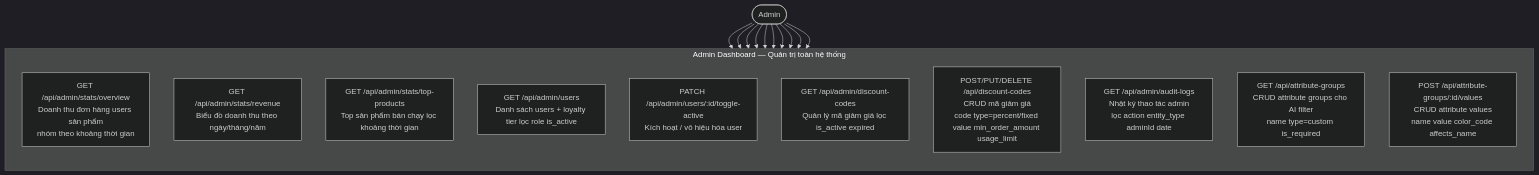
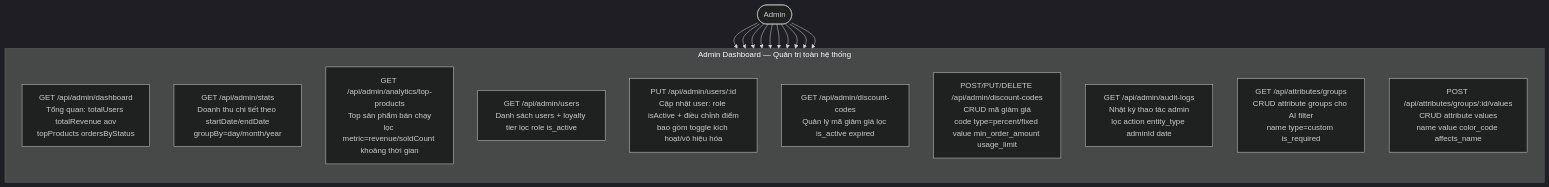
Diagram 11 of 29 in DIAGRAMS.md (MinhThang1009/E-commerce-website), drawn with Mermaid (dark theme) before and after one commit. The commit also changed other lines of this file, not shown here.

Commit message:
docs: sửa sai endpoints, logic auth, Redis keys theo code thực tế

````diff
--- a/DIAGRAMS.md
+++ b/DIAGRAMS.md
@@ -425,29 +425,29 @@
 ```mermaid
 flowchart TB
     Admin(["Admin"])
 
     subgraph ADMIN["Admin Dashboard — Quản trị toàn hệ thống"]
         direction TB
-        AD1["GET /api/admin/stats/overview\nDoanh thu đơn hàng users sản phẩm\nnhóm theo khoảng thời gian"]
-        AD2["GET /api/admin/stats/revenue\nBiểu đồ doanh thu theo ngày/tháng/năm"]
-        AD3["GET /api/admin/stats/top-products\nTop sản phẩm bán chạy lọc khoảng thời gian"]
+        AD1["GET /api/admin/dashboard\nTổng quan: totalUsers totalRevenue aov\ntopProducts ordersByStatus"]
+        AD2["GET /api/admin/stats\nDoanh thu chi tiết theo startDate/endDate\ngroupBy=day/month/year"]
+        AD3["GET /api/admin/analytics/top-products\nTop sản phẩm bán chạy\nlọc metric=revenue/soldCount khoảng thời gian"]
         AD4["GET /api/admin/users\nDanh sách users + loyalty tier lọc role is_active"]
-        AD5["PATCH /api/admin/users/:id/toggle-active\nKích hoạt / vô hiệu hóa user"]
+        AD5["PUT /api/admin/users/:id\nCập nhật user: role isActive + điều chỉnh điểm\nbao gồm toggle kích hoạt/vô hiệu hóa"]
         AD6["GET /api/admin/discount-codes\nQuản lý mã giảm giá lọc is_active expired"]
-        AD7["POST/PUT/DELETE /api/discount-codes\nCRUD mã giảm giá\ncode type=percent/fixed value min_order_amount usage_limit"]
+        AD7["POST/PUT/DELETE /api/admin/discount-codes\nCRUD mã giảm giá\ncode type=percent/fixed value min_order_amount usage_limit"]
         AD8["GET /api/admin/audit-logs\nNhật ký thao tác admin\nlọc action entity_type adminId date"]
-        AD9["GET /api/attribute-groups\nCRUD attribute groups cho AI filter\nname type=custom is_required"]
-        AD10["POST /api/attribute-groups/:id/values\nCRUD attribute values\nname value color_code affects_name"]
+        AD9["GET /api/attributes/groups\nCRUD attribute groups cho AI filter\nname type=custom is_required"]
+        AD10["POST /api/attributes/groups/:id/values\nCRUD attribute values\nname value color_code affects_name"]
     end
 
     Admin --> AD1
     Admin --> AD2
     Admin --> AD3
     Admin --> AD4
     Admin --> AD5
     Admin --> AD6
     Admin --> AD7
     Admin --> AD8
     Admin --> AD9
     Admin --> AD10
 ```
````
